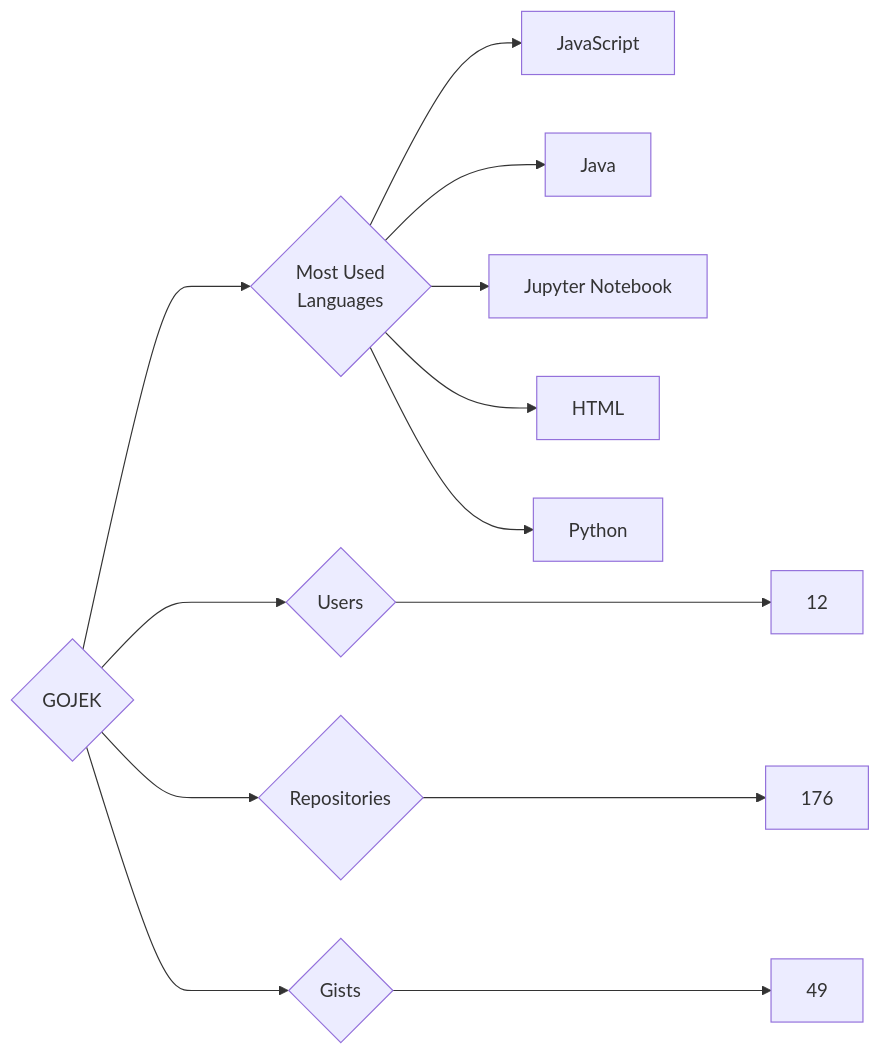
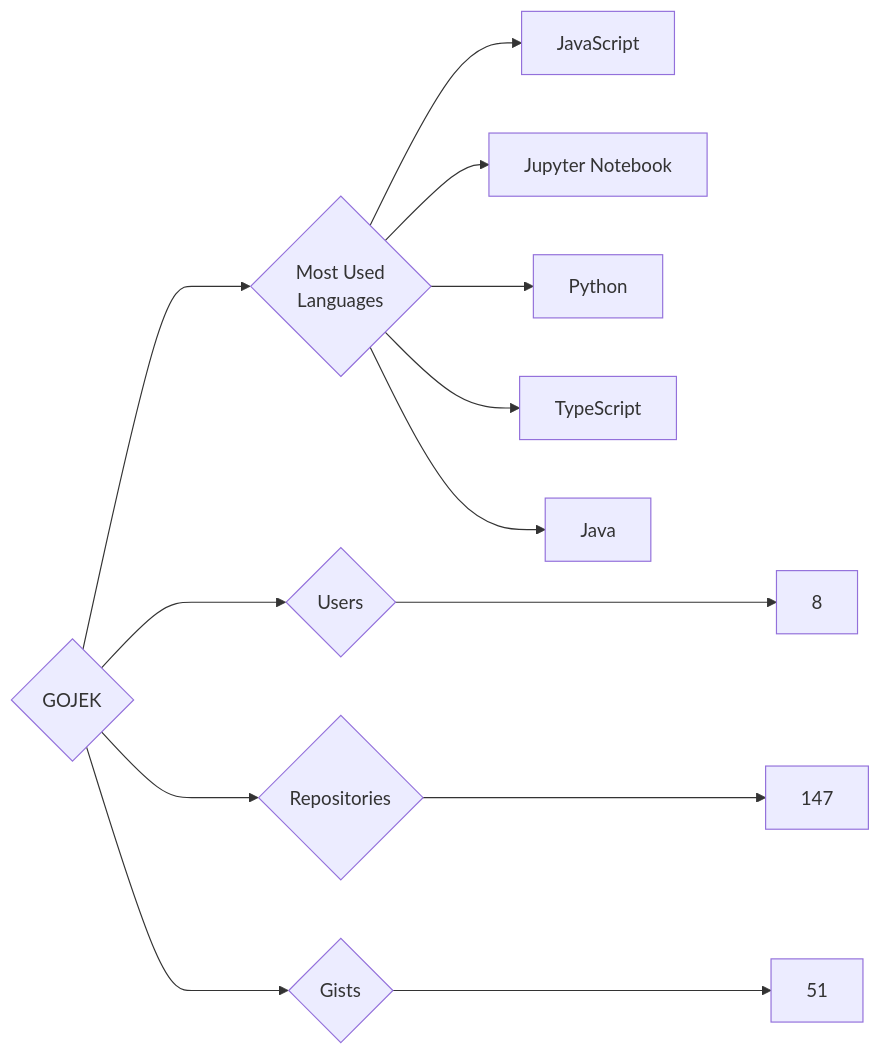
The diagram in targets/GOJEK/README.md (trickest/insiders), drawn with Mermaid before and after one commit. The commit also changed 1123 other files, not shown here.

````diff
--- a/targets/GOJEK/README.md
+++ b/targets/GOJEK/README.md
@@ -3,13 +3,13 @@
 ```mermaid
 graph LR
 COMPANY_NAME{GOJEK}
-COMPANY_NAME ---> U{Users} ---> UN[12]
-COMPANY_NAME ---> R{Repositories} ---> RN[176]
-COMPANY_NAME ---> G{Gists} ---> GN[49]
+COMPANY_NAME ---> U{Users} ---> UN[8]
+COMPANY_NAME ---> R{Repositories} ---> RN[147]
+COMPANY_NAME ---> G{Gists} ---> GN[51]
 COMPANY_NAME ---> ML{Most Used<br>Languages}
 ML --> JavaScript[JavaScript]
+ML --> Jupyter_Notebook[Jupyter Notebook]
+ML --> Python[Python]
+ML --> TypeScript[TypeScript]
 ML --> Java[Java]
-ML --> Jupyter_Notebook[Jupyter Notebook]
-ML --> HTML[HTML]
-ML --> Python[Python]
 ```
````
